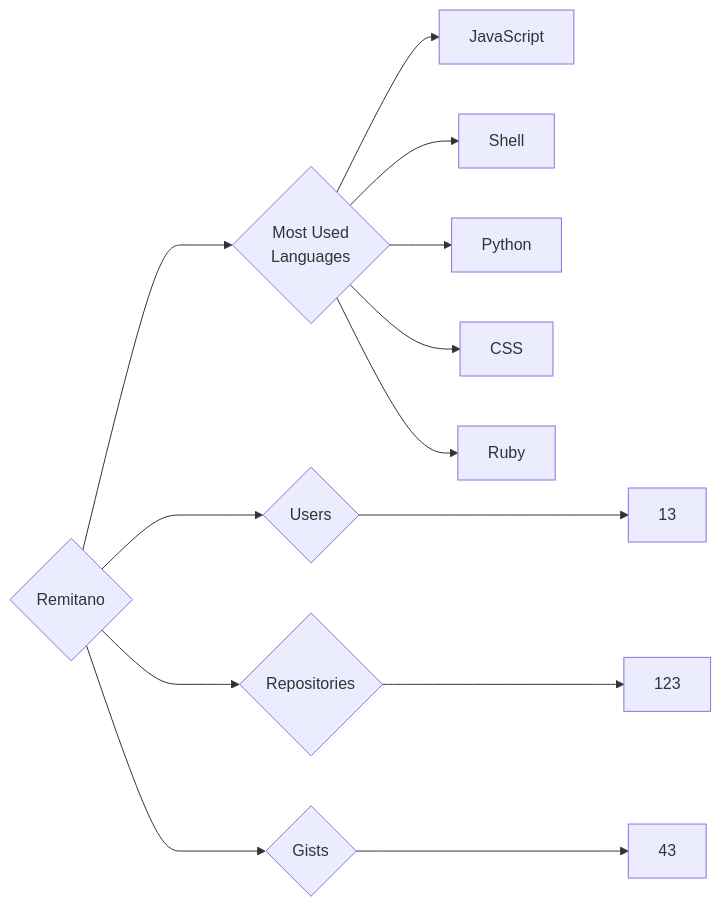
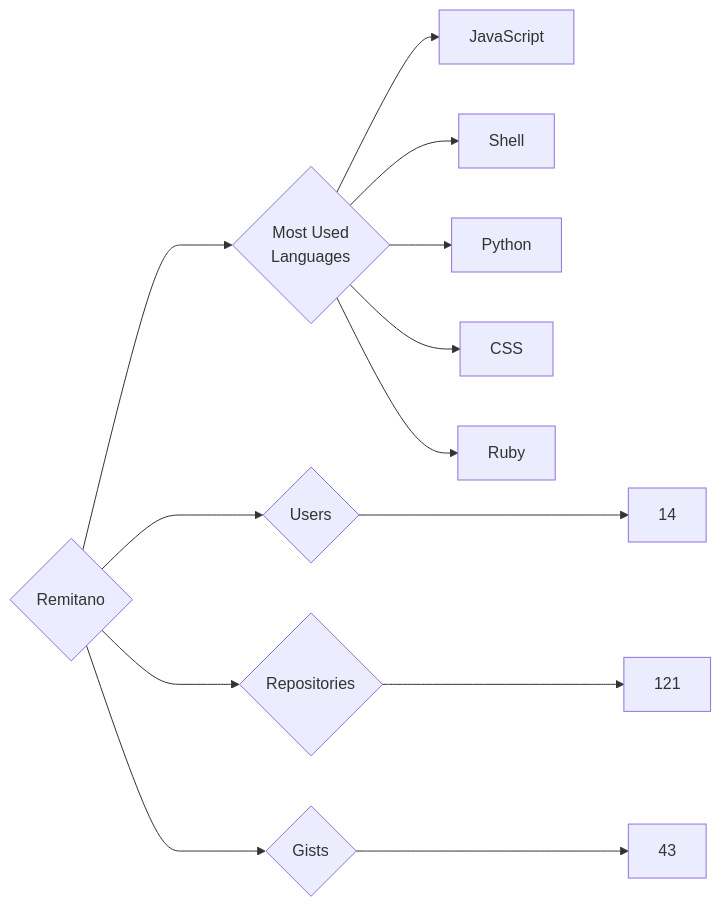
Before and after one commit to trickest/insiders: the diagram in targets/Remitano/README.md, drawn with Mermaid. The commit also changed 1248 other files, not shown here.

````diff
--- a/targets/Remitano/README.md
+++ b/targets/Remitano/README.md
@@ -3,13 +3,13 @@
 ```mermaid
 graph LR
 COMPANY_NAME{Remitano}
-COMPANY_NAME ---> U{Users} ---> UN[13]
-COMPANY_NAME ---> R{Repositories} ---> RN[123]
+COMPANY_NAME ---> U{Users} ---> UN[14]
+COMPANY_NAME ---> R{Repositories} ---> RN[121]
 COMPANY_NAME ---> G{Gists} ---> GN[43]
 COMPANY_NAME ---> ML{Most Used<br>Languages}
 ML --> JavaScript[JavaScript]
 ML --> Shell[Shell]
 ML --> Python[Python]
 ML --> CSS[CSS]
 ML --> Ruby[Ruby]
 ```
````
